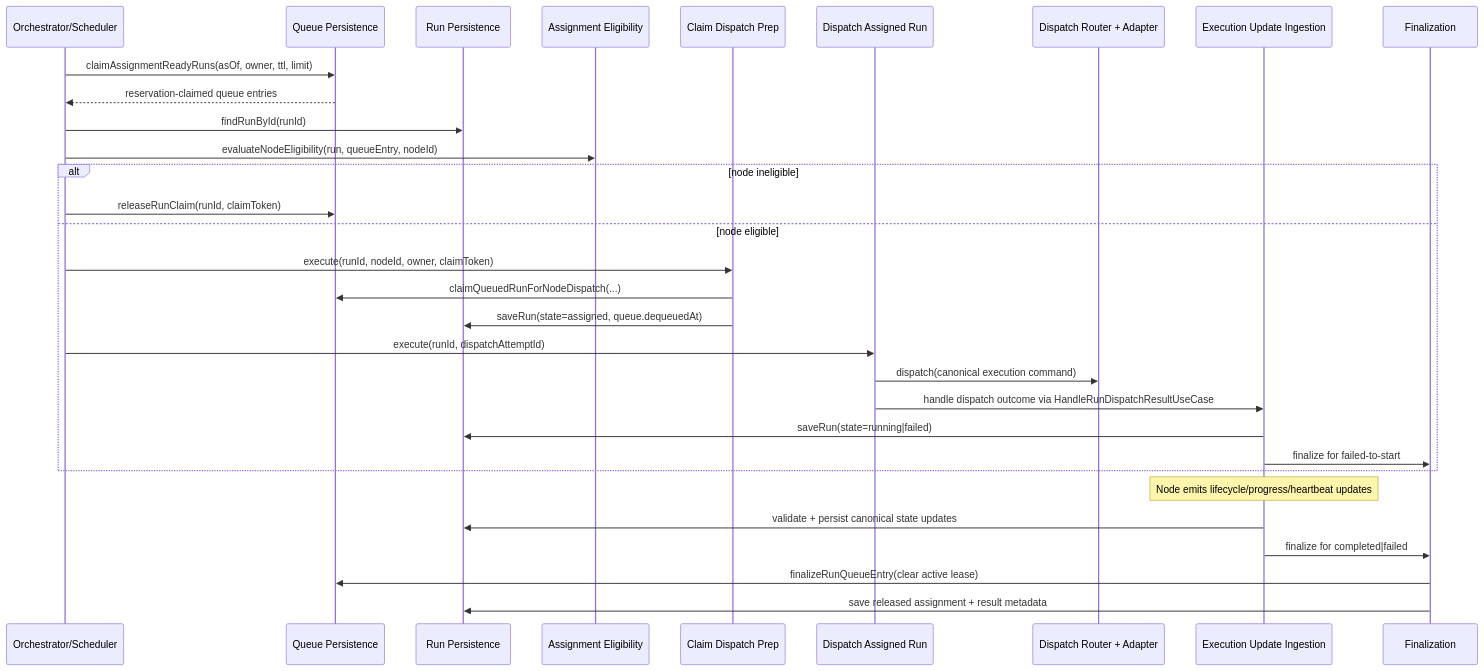
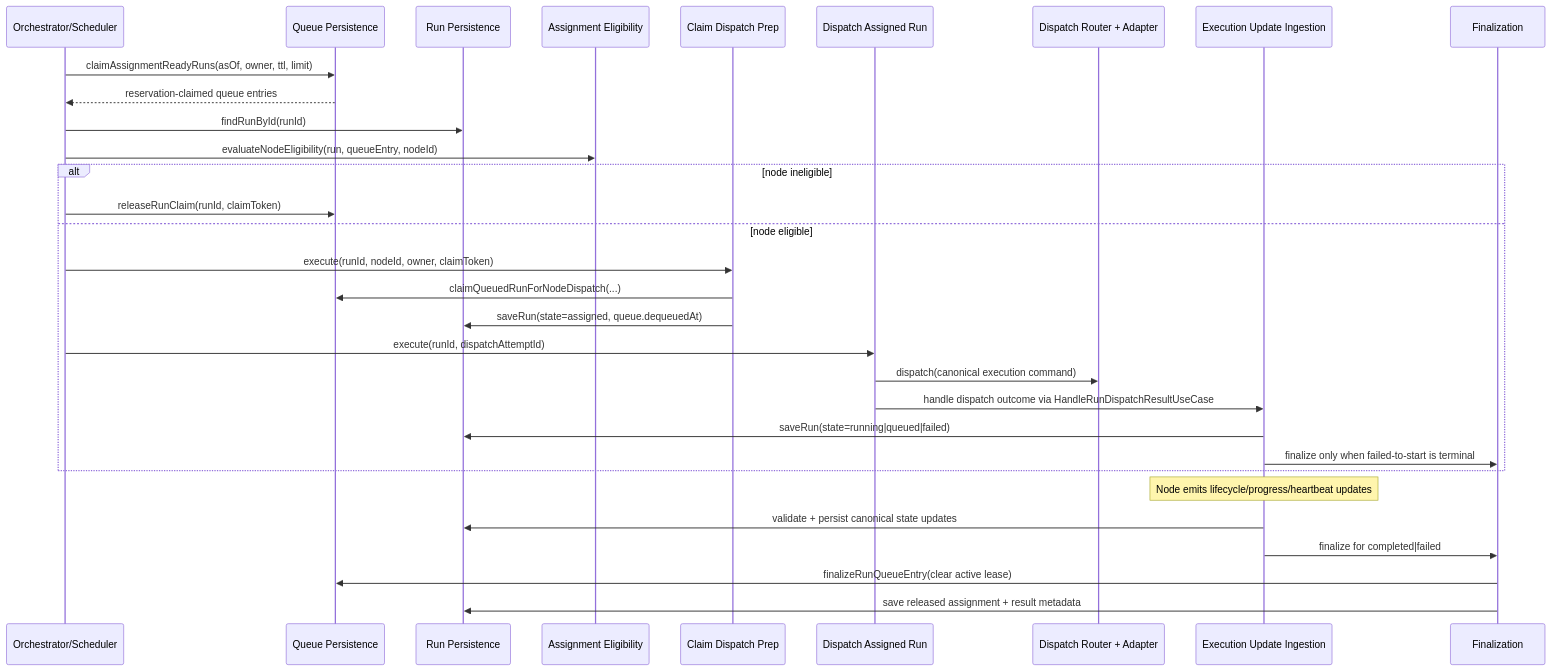
Before and after one commit to jeffreywallphd/ai-system-builder: the diagram in docs/architecture/run-orchestration-queue-assignment-dispatch-control-plane.md, drawn with Mermaid. The commit also changed other lines of this file and 9 other files, not shown here.

````diff
--- a/docs/architecture/run-orchestration-queue-assignment-dispatch-control-plane.md
+++ b/docs/architecture/run-orchestration-queue-assignment-dispatch-control-plane.md
@@ -43,35 +43,35 @@
 ```mermaid
 sequenceDiagram
     participant Scheduler as Orchestrator/Scheduler
     participant QueueRepo as Queue Persistence
     participant RunRepo as Run Persistence
     participant AssignSvc as Assignment Eligibility
     participant ClaimUC as Claim Dispatch Prep
     participant DispatchUC as Dispatch Assigned Run
     participant DispatchPort as Dispatch Router + Adapter
     participant UpdateUC as Execution Update Ingestion
     participant FinalizeUC as Finalization
 
     Scheduler->>QueueRepo: claimAssignmentReadyRuns(asOf, owner, ttl, limit)
     QueueRepo-->>Scheduler: reservation-claimed queue entries
     Scheduler->>RunRepo: findRunById(runId)
     Scheduler->>AssignSvc: evaluateNodeEligibility(run, queueEntry, nodeId)
     alt node ineligible
       Scheduler->>QueueRepo: releaseRunClaim(runId, claimToken)
     else node eligible
       Scheduler->>ClaimUC: execute(runId, nodeId, owner, claimToken)
       ClaimUC->>QueueRepo: claimQueuedRunForNodeDispatch(...)
       ClaimUC->>RunRepo: saveRun(state=assigned, queue.dequeuedAt)
       Scheduler->>DispatchUC: execute(runId, dispatchAttemptId)
       DispatchUC->>DispatchPort: dispatch(canonical execution command)
       DispatchUC->>UpdateUC: handle dispatch outcome via HandleRunDispatchResultUseCase
-      UpdateUC->>RunRepo: saveRun(state=running|failed)
-      UpdateUC->>FinalizeUC: finalize for failed-to-start
+      UpdateUC->>RunRepo: saveRun(state=running|queued|failed)
+      UpdateUC->>FinalizeUC: finalize only when failed-to-start is terminal
     end
 
     Note over UpdateUC: Node emits lifecycle/progress/heartbeat updates
     UpdateUC->>RunRepo: validate + persist canonical state updates
     UpdateUC->>FinalizeUC: finalize for completed|failed
     FinalizeUC->>QueueRepo: finalizeRunQueueEntry(clear active lease)
     FinalizeUC->>RunRepo: save released assignment + result metadata
 ```
````
